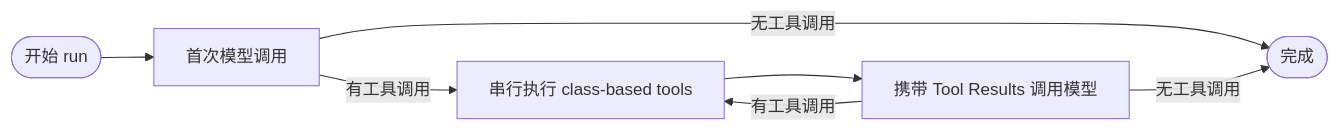
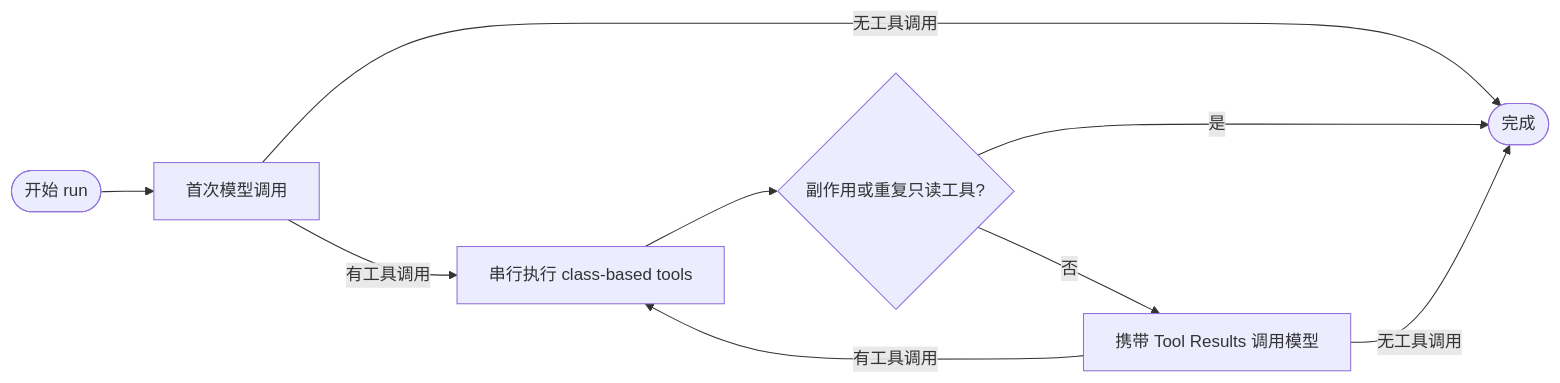
The second of 4 diagrams in docs/conversation-agent-product-design.md (elonzh/hanppie), drawn with Mermaid before and after one commit. The commit also changed other lines of this file and 41 other files, not shown here.

````diff
--- a/docs/conversation-agent-product-design.md
+++ b/docs/conversation-agent-product-design.md
@@ -46,9 +46,11 @@
 ```mermaid
 flowchart LR
     START([开始 run]) --> INITIAL[首次模型调用]
     INITIAL -->|无工具调用| FINISH([完成])
     INITIAL -->|有工具调用| TOOLS[串行执行 class-based tools]
-    TOOLS --> FOLLOWUP[携带 Tool Results 调用模型]
+    TOOLS --> TERMINAL{副作用或重复只读工具?}
+    TERMINAL -->|是| FINISH
+    TERMINAL -->|否| FOLLOWUP[携带 Tool Results 调用模型]
     FOLLOWUP -->|无工具调用| FINISH
     FOLLOWUP -->|有工具调用| TOOLS
 ```
````
